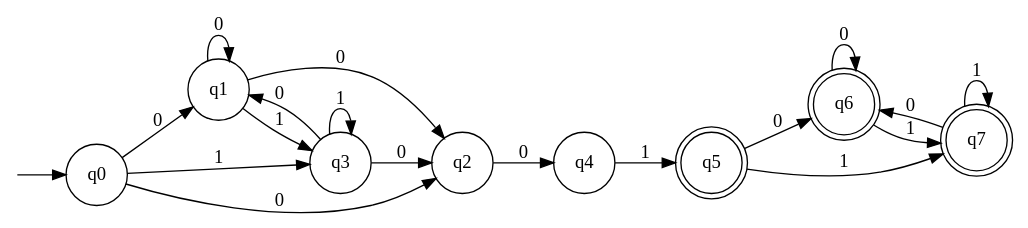
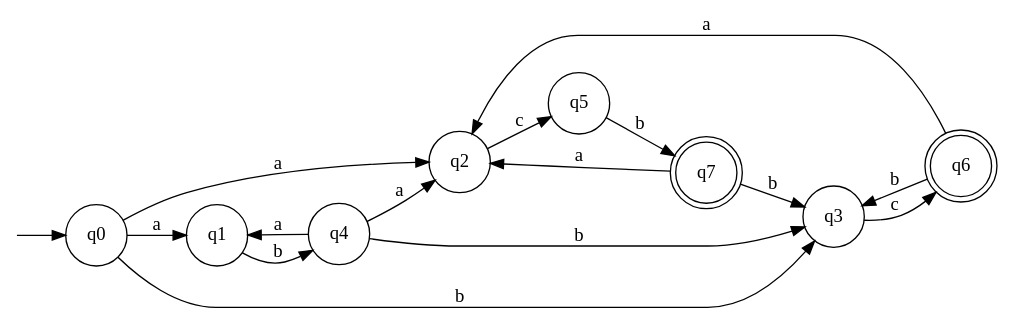
One commit to water-mizuu/finite_automata_conversion changed the diagram in nfa.dot. Above: the diagram before and after it, drawn with Graphviz. The commit also changed 11 other files, not shown here.

```diff
--- a/nfa.dot
+++ b/nfa.dot
@@ -1,30 +1,27 @@
 digraph G {
   rankdir=LR;
   n__ [label="" shape=none width=.0];
   0 [shape=circle label="q0"]
   1 [shape=circle label="q1"]
-  2 [shape=circle label="q3"]
-  3 [shape=circle label="q2"]
-  4 [shape=circle label="q4"]
-  5 [shape=doublecircle label="q5"]
-  6 [shape=doublecircle label="q6"]
+  2 [shape=circle label="q4"]
+  3 [shape=circle label="q3"]
+  4 [shape=doublecircle label="q6"]
+  5 [shape=circle label="q2"]
+  6 [shape=circle label="q5"]
   7 [shape=doublecircle label="q7"]
   n__ -> 0;
-  0 -> 1 [label="0"]
-  0 -> 3 [label="0"]
-  0 -> 2 [label="1"]
-  1 -> 1 [label="0"]
-  1 -> 3 [label="0"]
-  1 -> 2 [label="1"]
-  2 -> 1 [label="0"]
-  2 -> 3 [label="0"]
-  2 -> 2 [label="1"]
-  3 -> 4 [label="0"]
-  4 -> 5 [label="1"]
-  5 -> 6 [label="0"]
-  5 -> 7 [label="1"]
-  6 -> 6 [label="0"]
-  6 -> 7 [label="1"]
-  7 -> 6 [label="0"]
-  7 -> 7 [label="1"]
+  0 -> 1 [label="a"]
+  0 -> 5 [label="a"]
+  0 -> 3 [label="b"]
+  1 -> 2 [label="b"]
+  2 -> 1 [label="a"]
+  2 -> 5 [label="a"]
+  2 -> 3 [label="b"]
+  3 -> 4 [label="c"]
+  4 -> 5 [label="a"]
+  4 -> 3 [label="b"]
+  5 -> 6 [label="c"]
+  6 -> 7 [label="b"]
+  7 -> 5 [label="a"]
+  7 -> 3 [label="b"]
 }
```
